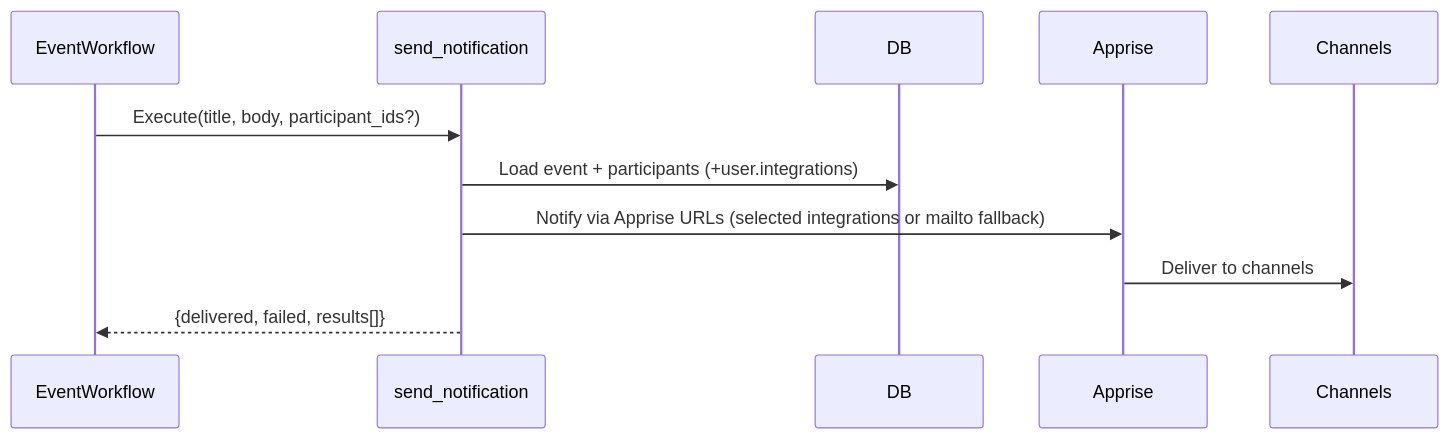
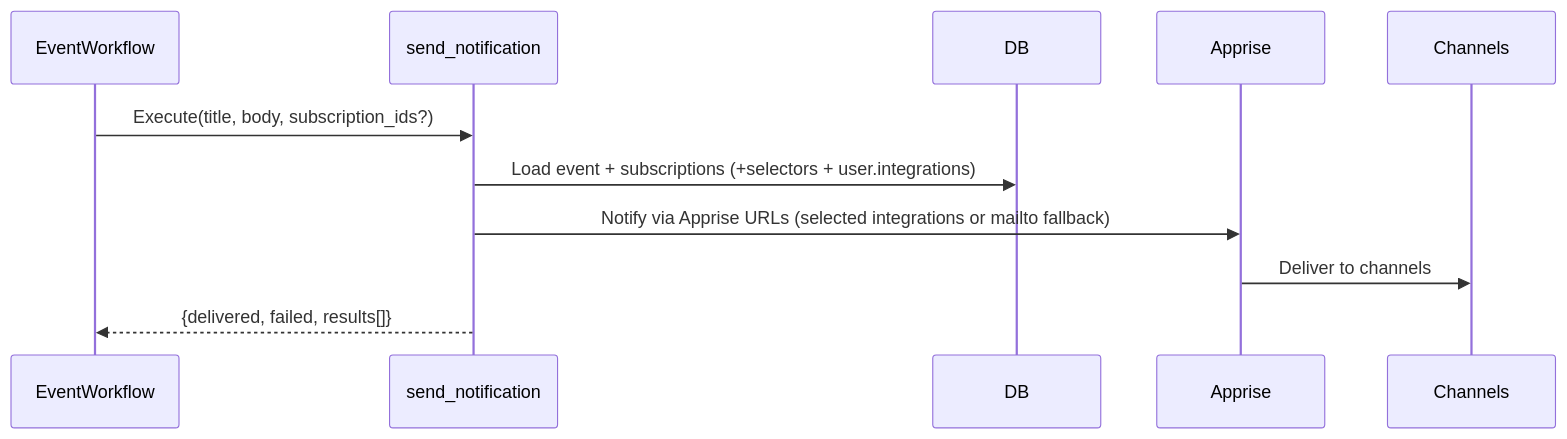
The seventh of 10 diagrams in docs/reimplementation-plan.md (pypeaday/soonish), drawn with Mermaid before and after one commit. The commit also changed other lines of this file and 5 other files, not shown here.

````diff
--- a/docs/reimplementation-plan.md
+++ b/docs/reimplementation-plan.md
@@ -212,13 +205,13 @@
 ```mermaid
 sequenceDiagram
   participant WF as EventWorkflow
   participant ACT as send_notification
   participant DB
   participant AP as Apprise
   participant CH as Channels
-  WF->>ACT: Execute(title, body, participant_ids?)
-  ACT->>DB: Load event + participants (+user.integrations)
+  WF->>ACT: Execute(title, body, subscription_ids?)
+  ACT->>DB: Load event + subscriptions (+selectors + user.integrations)
   ACT->>AP: Notify via Apprise URLs (selected integrations or mailto fallback)
   AP->>CH: Deliver to channels
   ACT-->>WF: {delivered, failed, results[]}
 ```
````
